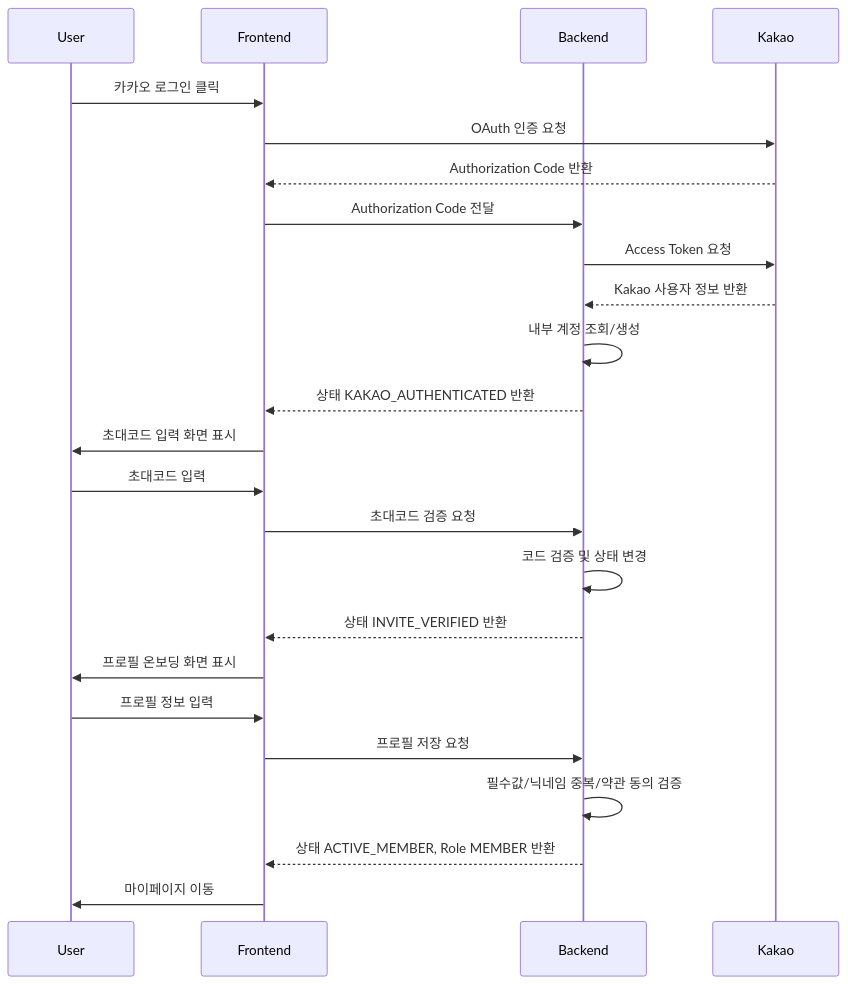
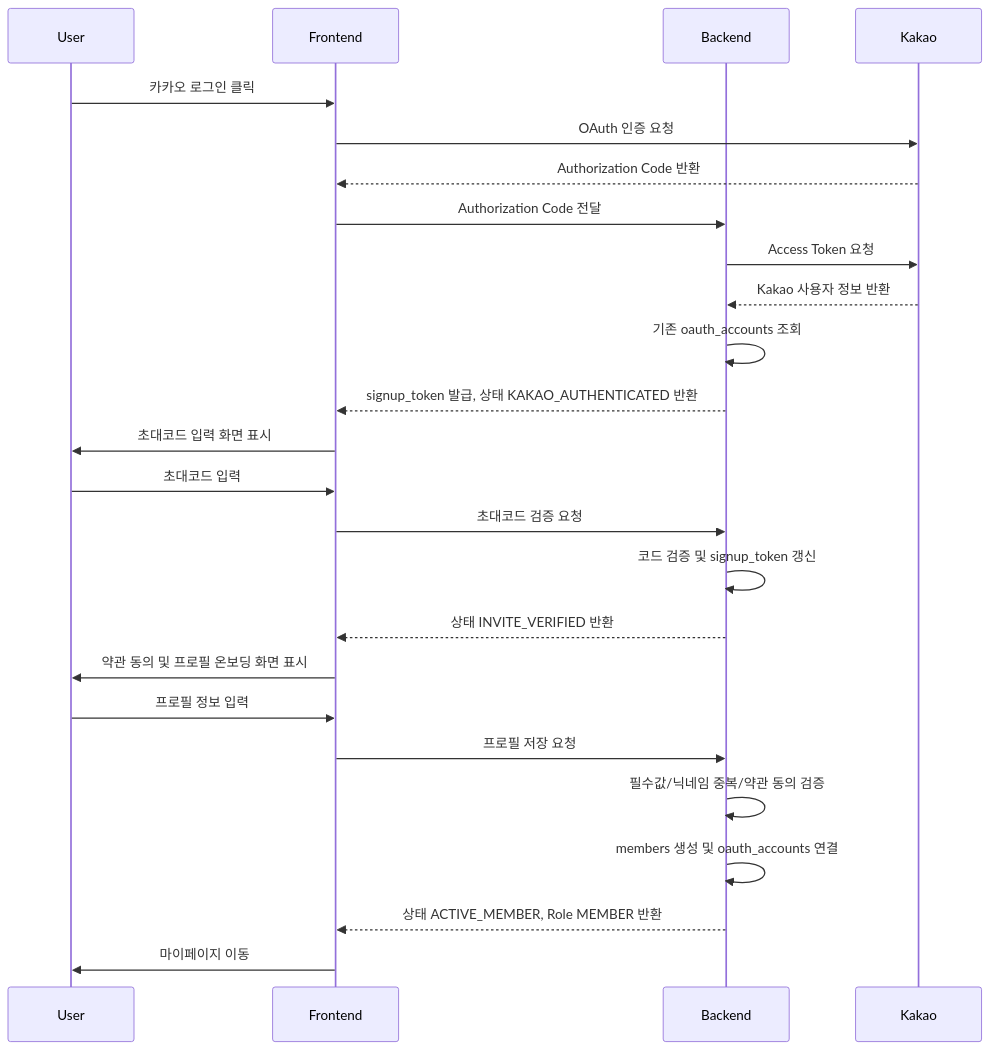
One commit to ljh468/growth-archive changed the fourth of 4 diagrams in docs/prd/PRD_002_Users_Auth_Permissions_Onboarding.md. Above: the diagram before and after it, drawn with Mermaid. The commit also changed other lines of this file and 9 other files, not shown here.

````diff
--- a/docs/prd/PRD_002_Users_Auth_Permissions_Onboarding.md
+++ b/docs/prd/PRD_002_Users_Auth_Permissions_Onboarding.md
@@ -750,27 +762,28 @@
 ```mermaid
 sequenceDiagram
     participant U as User
     participant FE as Frontend
     participant BE as Backend
     participant K as Kakao
 
     U->>FE: 카카오 로그인 클릭
     FE->>K: OAuth 인증 요청
     K-->>FE: Authorization Code 반환
     FE->>BE: Authorization Code 전달
     BE->>K: Access Token 요청
     K-->>BE: Kakao 사용자 정보 반환
-    BE->>BE: 내부 계정 조회/생성
-    BE-->>FE: 상태 KAKAO_AUTHENTICATED 반환
+    BE->>BE: 기존 oauth_accounts 조회
+    BE-->>FE: signup_token 발급, 상태 KAKAO_AUTHENTICATED 반환
     FE->>U: 초대코드 입력 화면 표시
     U->>FE: 초대코드 입력
     FE->>BE: 초대코드 검증 요청
-    BE->>BE: 코드 검증 및 상태 변경
+    BE->>BE: 코드 검증 및 signup_token 갱신
     BE-->>FE: 상태 INVITE_VERIFIED 반환
-    FE->>U: 프로필 온보딩 화면 표시
+    FE->>U: 약관 동의 및 프로필 온보딩 화면 표시
     U->>FE: 프로필 정보 입력
     FE->>BE: 프로필 저장 요청
     BE->>BE: 필수값/닉네임 중복/약관 동의 검증
+    BE->>BE: members 생성 및 oauth_accounts 연결
     BE-->>FE: 상태 ACTIVE_MEMBER, Role MEMBER 반환
     FE->>U: 마이페이지 이동
 ```
````
